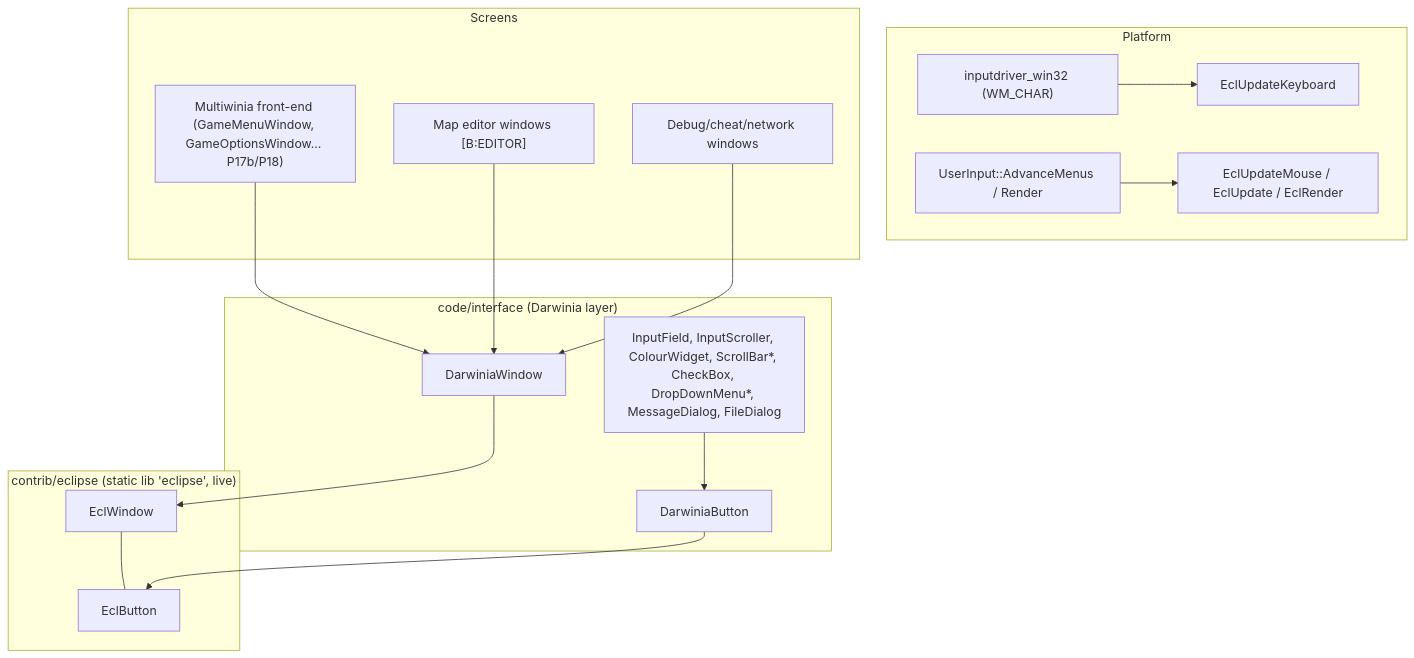
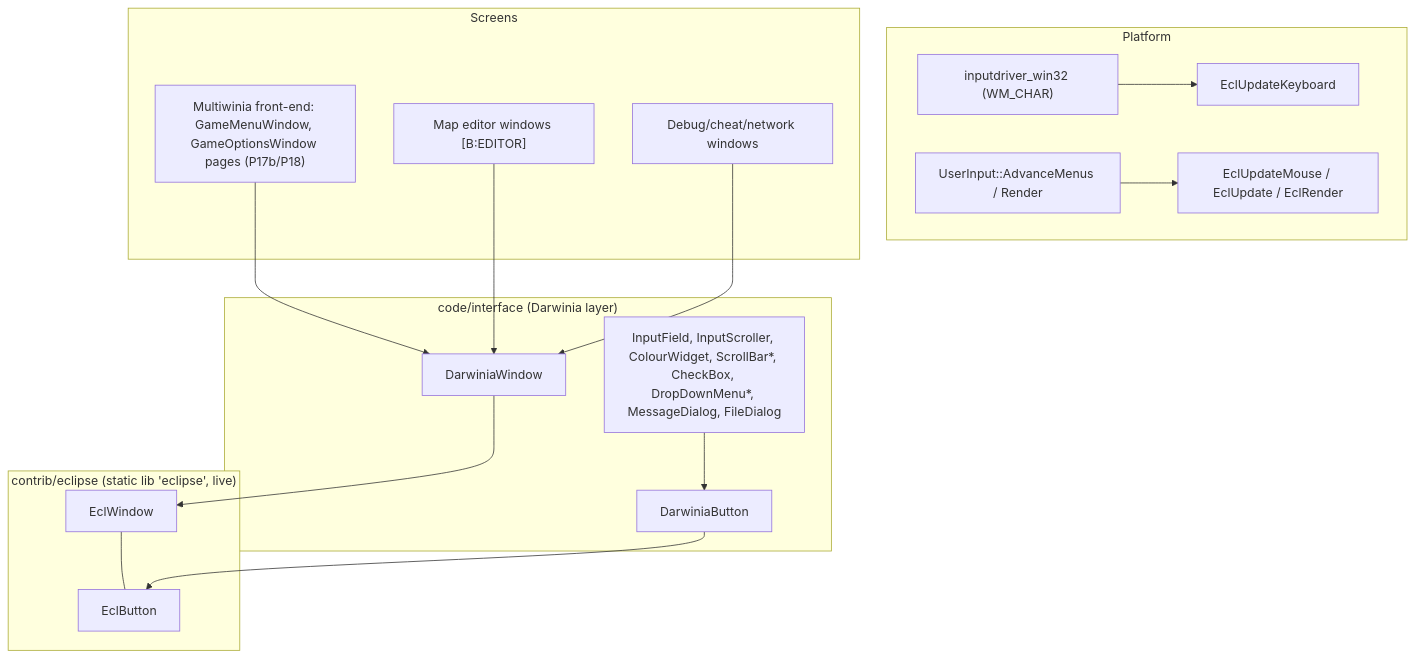
One commit to Zwaliebaba/Species.AI changed the first of 5 diagrams in design/_work/drafts/P17a_ui_framework_editor.md. Above: the diagram before and after it, drawn with Mermaid. The commit also changed other lines of this file and 9 other files, not shown here.

````diff
--- a/design/_work/drafts/P17a_ui_framework_editor.md
+++ b/design/_work/drafts/P17a_ui_framework_editor.md
@@ -13,26 +13,26 @@
 ```mermaid
 flowchart TB
   subgraph Platform
     W32["inputdriver_win32 (WM_CHAR)"] --> EUK
     UI["UserInput::AdvanceMenus / Render"] --> EUM
   end
   subgraph Eclipse["contrib/eclipse (static lib 'eclipse', live)"]
     EUM["EclUpdateMouse / EclUpdate / EclRender"]
     EUK["EclUpdateKeyboard"]
     EW["EclWindow"] --- EB["EclButton"]
   end
   subgraph Darwinia["code/interface (Darwinia layer)"]
     DW["DarwiniaWindow"] --> EW
     DB["DarwiniaButton"] --> EB
     WID["InputField, InputScroller, ColourWidget, ScrollBar*, CheckBox, DropDownMenu*, MessageDialog, FileDialog"]
   end
   subgraph Screens
-    GM["Multiwinia front-end (GameMenuWindow, GameOptionsWindow… P17b/P18)"]
+    GM["Multiwinia front-end: GameMenuWindow, GameOptionsWindow pages (P17b/P18)"]
     ED["Map editor windows [B:EDITOR]"]
     DBG["Debug/cheat/network windows"]
   end
   WID --> DB
   GM --> DW
   ED --> DW
   DBG --> DW
 ```
````
